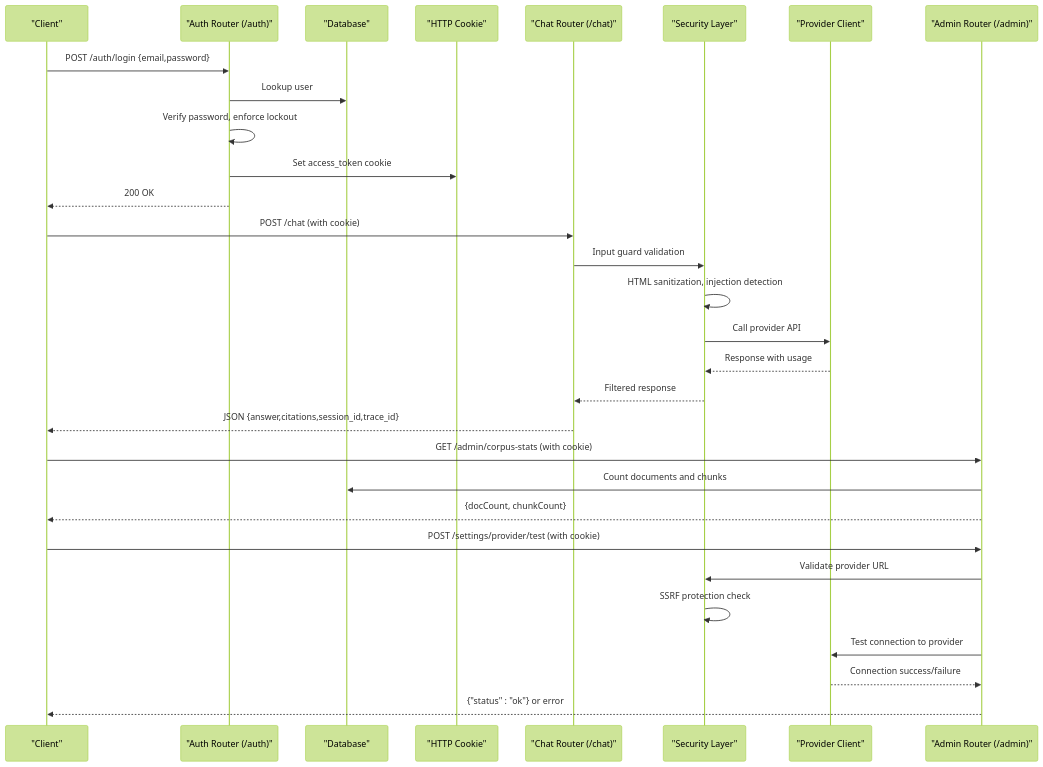
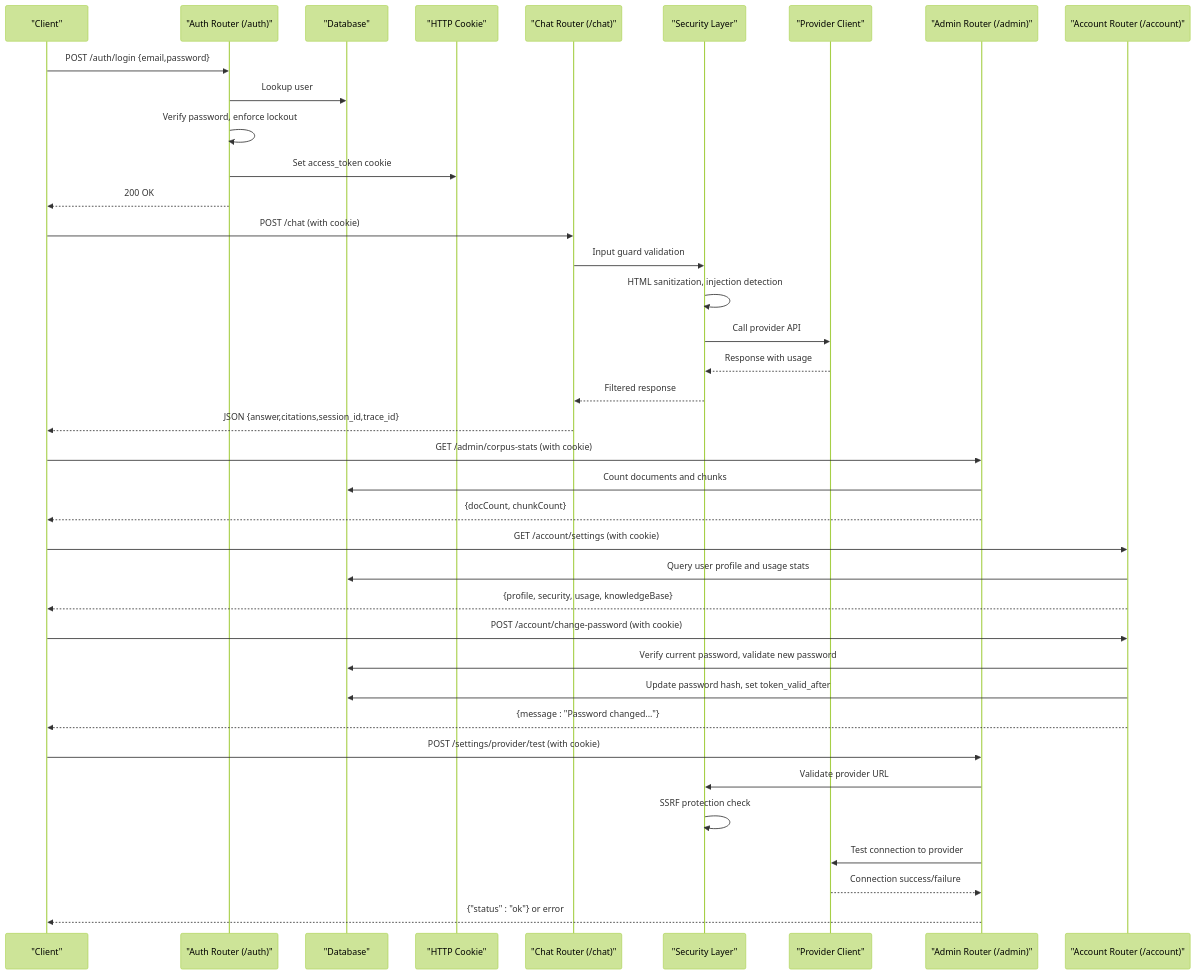
Before and after one commit to genes8/private-ai: the second of 3 diagrams in .qoder/repowiki/en/content/Backend Development/API Endpoints/API Endpoints.md, drawn with Mermaid (forest theme). The commit also changed other lines of this file and 55 other files, not shown here.

````diff
--- a/.qoder/repowiki/en/content/Backend Development/API Endpoints/API Endpoints.md
+++ b/.qoder/repowiki/en/content/Backend Development/API Endpoints/API Endpoints.md
@@ -125,32 +144,40 @@
 ```mermaid
 sequenceDiagram
 participant Client as "Client"
 participant Auth as "Auth Router (/auth)"
 participant DB as "Database"
 participant Cookie as "HTTP Cookie"
 participant Chat as "Chat Router (/chat)"
 participant Security as "Security Layer"
 participant Provider as "Provider Client"
 participant Admin as "Admin Router (/admin)"
+participant Account as "Account Router (/account)"
 Client->>Auth : POST /auth/login {email,password}
 Auth->>DB : Lookup user
 Auth->>Auth : Verify password, enforce lockout
 Auth->>Cookie : Set access_token cookie
 Auth-->>Client : 200 OK
 Client->>Chat : POST /chat (with cookie)
 Chat->>Security : Input guard validation
 Security->>Security : HTML sanitization, injection detection
 Security->>Provider : Call provider API
 Provider-->>Security : Response with usage
 Security-->>Chat : Filtered response
 Chat-->>Client : JSON {answer,citations,session_id,trace_id}
 Client->>Admin : GET /admin/corpus-stats (with cookie)
 Admin->>DB : Count documents and chunks
 Admin-->>Client : {docCount, chunkCount}
+Client->>Account : GET /account/settings (with cookie)
+Account->>DB : Query user profile and usage stats
+Account-->>Client : {profile, security, usage, knowledgeBase}
+Client->>Account : POST /account/change-password (with cookie)
+Account->>DB : Verify current password, validate new password
+Account->>DB : Update password hash, set token_valid_after
+Account-->>Client : {message : "Password changed..."}
 Client->>Admin : POST /settings/provider/test (with cookie)
 Admin->>Security : Validate provider URL
 Security->>Security : SSRF protection check
 Admin->>Provider : Test connection to provider
 Provider-->>Admin : Connection success/failure
 Admin-->>Client : {"status" : "ok"} or error
 ```
````
